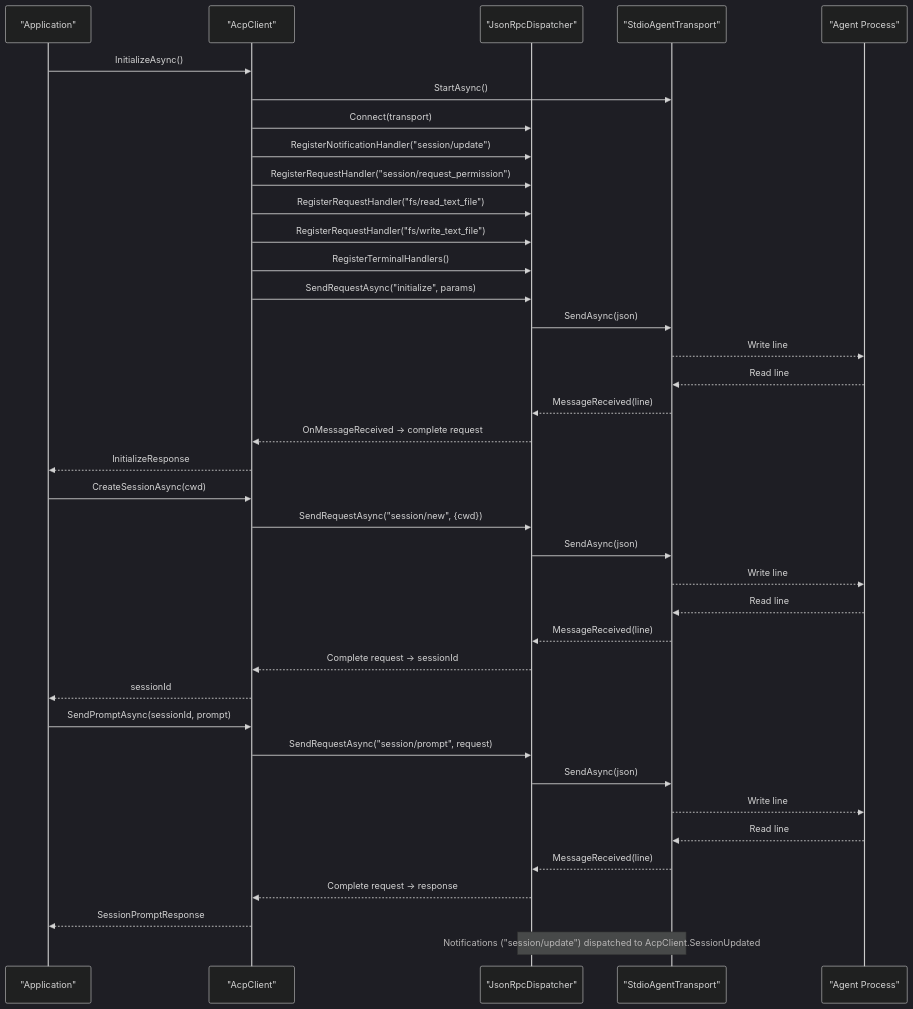
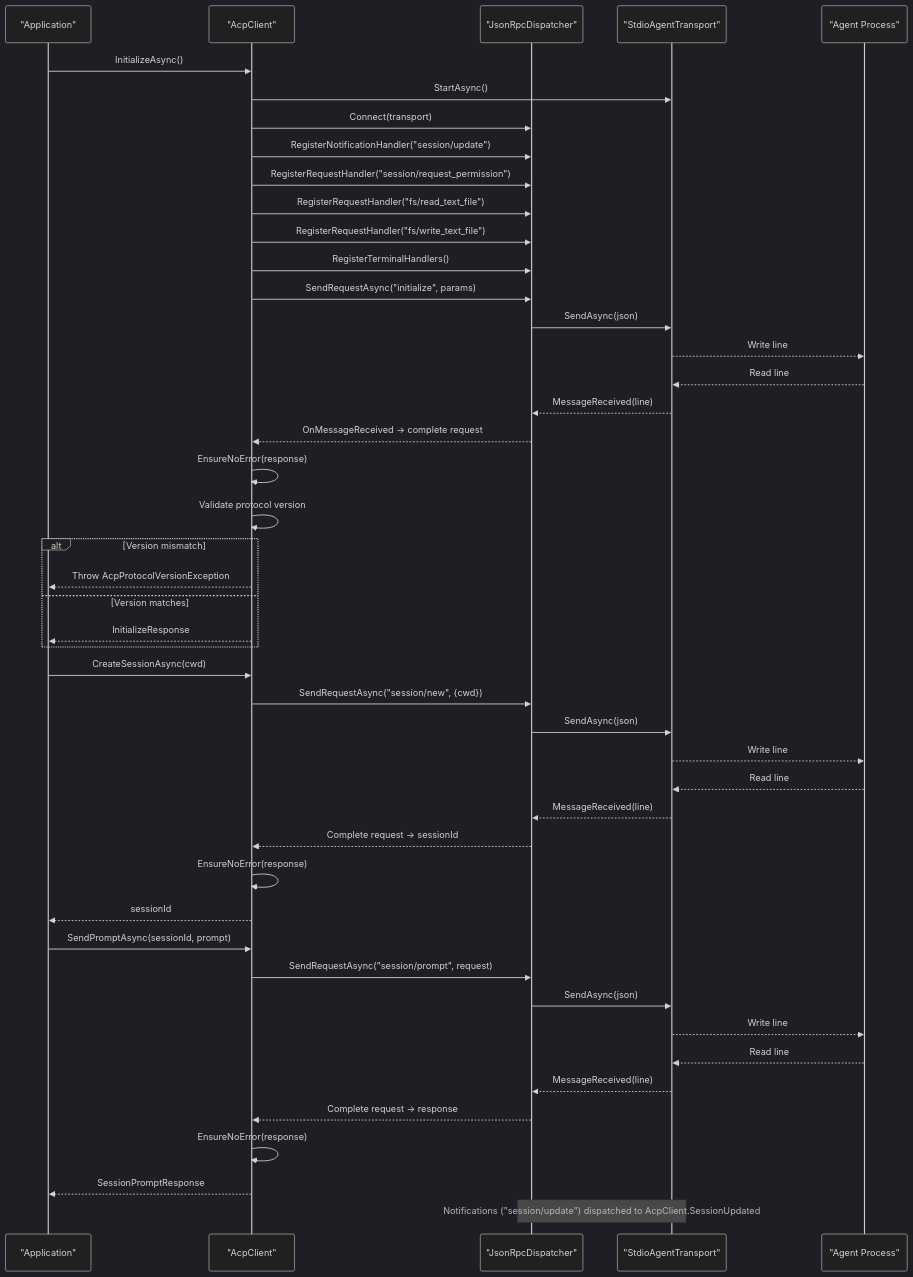
Before and after one commit to AgenticDesktop/ACPLibrary: the second of 6 diagrams in .qoder/repowiki/en/content/Core Client API/AcpClient Implementation.md, drawn with Mermaid (dark theme). The commit also changed other lines of this file and 59 other files, not shown here.

````diff
--- a/.qoder/repowiki/en/content/Core Client API/AcpClient Implementation.md
+++ b/.qoder/repowiki/en/content/Core Client API/AcpClient Implementation.md
@@ -122,40 +150,48 @@
 ```mermaid
 sequenceDiagram
 participant App as "Application"
 participant Client as "AcpClient"
 participant Dispatcher as "JsonRpcDispatcher"
 participant Transport as "StdioAgentTransport"
 participant Agent as "Agent Process"
 App->>Client : InitializeAsync()
 Client->>Transport : StartAsync()
 Client->>Dispatcher : Connect(transport)
 Client->>Dispatcher : RegisterNotificationHandler("session/update")
 Client->>Dispatcher : RegisterRequestHandler("session/request_permission")
 Client->>Dispatcher : RegisterRequestHandler("fs/read_text_file")
 Client->>Dispatcher : RegisterRequestHandler("fs/write_text_file")
 Client->>Dispatcher : RegisterTerminalHandlers()
 Client->>Dispatcher : SendRequestAsync("initialize", params)
 Dispatcher->>Transport : SendAsync(json)
 Transport-->>Agent : Write line
 Agent-->>Transport : Read line
 Transport-->>Dispatcher : MessageReceived(line)
 Dispatcher-->>Client : OnMessageReceived -> complete request
+Client->>Client : EnsureNoError(response)
+Client->>Client : Validate protocol version
+alt Version mismatch
+Client-->>App : Throw AcpProtocolVersionException
+else Version matches
 Client-->>App : InitializeResponse
+end
 App->>Client : CreateSessionAsync(cwd)
 Client->>Dispatcher : SendRequestAsync("session/new", {cwd})
 Dispatcher->>Transport : SendAsync(json)
 Transport-->>Agent : Write line
 Agent-->>Transport : Read line
 Transport-->>Dispatcher : MessageReceived(line)
 Dispatcher-->>Client : Complete request -> sessionId
+Client->>Client : EnsureNoError(response)
 Client-->>App : sessionId
 App->>Client : SendPromptAsync(sessionId, prompt)
 Client->>Dispatcher : SendRequestAsync("session/prompt", request)
 Dispatcher->>Transport : SendAsync(json)
 Transport-->>Agent : Write line
 Agent-->>Transport : Read line
 Transport-->>Dispatcher : MessageReceived(line)
 Dispatcher-->>Client : Complete request -> response
+Client->>Client : EnsureNoError(response)
 Client-->>App : SessionPromptResponse
 Note over Transport,Dispatcher : Notifications ("session/update") dispatched to AcpClient.SessionUpdated
 ```
````
